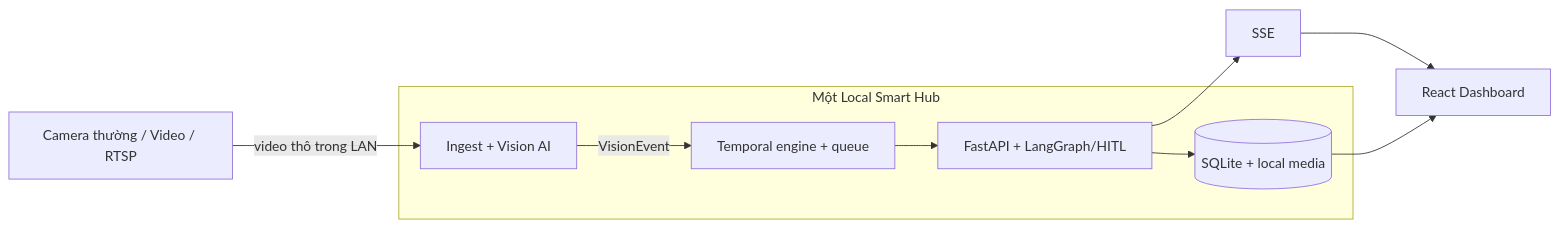
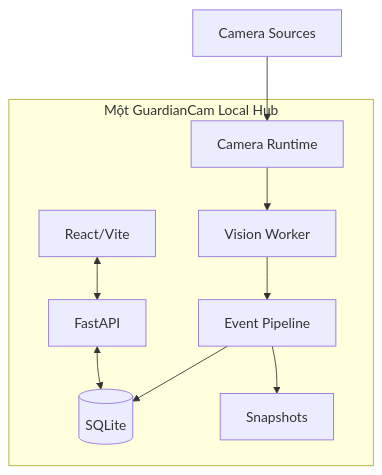
Before and after one commit to daoquocdai/P227: the eighth of 8 diagrams in docs/architecture_diagram.md, drawn with Mermaid. The commit also changed other lines of this file and 93 other files, not shown here.

````diff
--- a/docs/architecture_diagram.md
+++ b/docs/architecture_diagram.md
@@ -5,15 +196,21 @@
 ```mermaid
-flowchart LR
-    C[Camera thường / Video / RTSP]
-    subgraph H[Một Local Smart Hub]
-        V[Ingest + Vision AI]
-        Q[Temporal engine + queue]
-        B[FastAPI + LangGraph/HITL]
-        D[(SQLite + local media)]
-        V -->|VisionEvent| Q --> B --> D
+flowchart TB
+    subgraph LOCAL["Một GuardianCam Local Hub"]
+        FASTAPI[FastAPI]
+        CAMERA[Camera Runtime]
+        VISION[Vision Worker]
+        EVENT[Event Pipeline]
+        SQLITE[(SQLite)]
+        SNAP[Snapshots]
+        FRONTEND[React/Vite]
     end
-    C -->|video thô trong LAN| V
-    B --> R[SSE]
-    R --> U[React Dashboard]
-    D --> U
+
+    SOURCES[Camera Sources] --> CAMERA
+    FRONTEND <--> FASTAPI
+
+    CAMERA --> VISION
+    VISION --> EVENT
+    EVENT --> SQLITE
+    EVENT --> SNAP
+    FASTAPI <--> SQLITE
 ```
````
